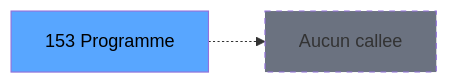
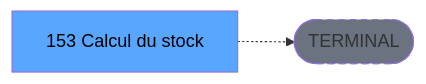
Before and after one commit to thonyAGP/lecteur-magic: the third of 3 diagrams in .openspec/renders/ADH-IDE-153.md, drawn with Mermaid. The commit also changed other lines of this file and 701 other files, not shown here.

````diff
--- a/.openspec/renders/ADH-IDE-153.md
+++ b/.openspec/renders/ADH-IDE-153.md
@@ -140,8 +139,8 @@
 ```mermaid
 graph LR
-    T[153 Programme]
-    NONE[Aucun callee]
-    T -.-> NONE
+    T[153 Calcul du stock]
+    TERM([TERMINAL])
+    T -.-> TERM
+    style TERM fill:#6b7280,stroke-dasharray: 5 5
     style T fill:#58a6ff,color:#000
-    style NONE fill:#6b7280,stroke-dasharray: 5 5
 ```
````
